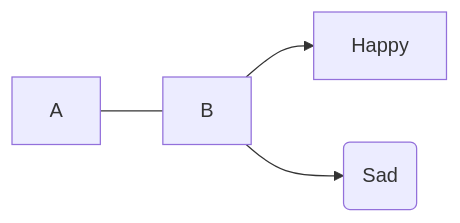
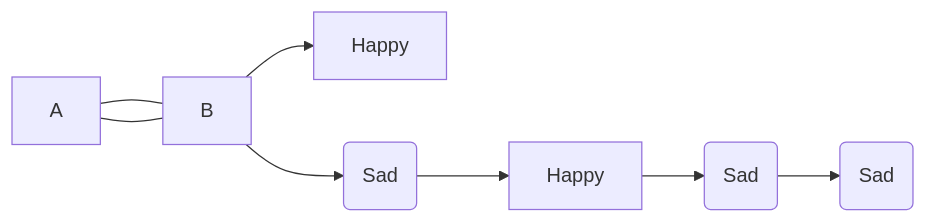
One commit to imsouza/imsouza.github.io changed the diagram in _notas/2023-09-16-amortizada.md. Above: the diagram before and after it, drawn with Mermaid. The commit also changed other lines of this file and 2 other files, not shown here.

```diff
--- a/_notas/2023-09-16-amortizada.md
+++ b/_notas/2023-09-16-amortizada.md
@@ -27,8 +31,10 @@
 <div class="mermaid">
-
 graph LR
     A --- B
     B-->C[Happy]
     B-->D(Sad);
-
+    A --- B
+    D-->E[Happy]
+    E-->F(Sad);
+    F-->G(Sad);
 </div>
```
